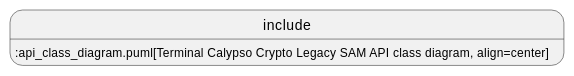
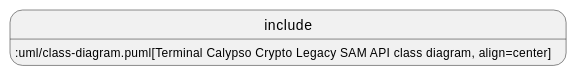
The second of 2 diagrams in index.adoc (calypsonet/calypsonet-terminal-calypso-crypto-legacysam-uml-api), drawn with PlantUML before and after one commit. The commit also changed other lines of this file and 2 other files, not shown here.

```diff
--- a/index.adoc
+++ b/index.adoc
@@ -422,4 +407,4 @@
-[plantuml, target="api_class_diagram", format="svg"]
+[plantuml, target="class-diagram", format="svg"]
 ----
-include::api_class_diagram.puml[Terminal Calypso Crypto Legacy SAM API class diagram, align=center]
+include::uml/class-diagram.puml[Terminal Calypso Crypto Legacy SAM API class diagram, align=center]
 ----
```
